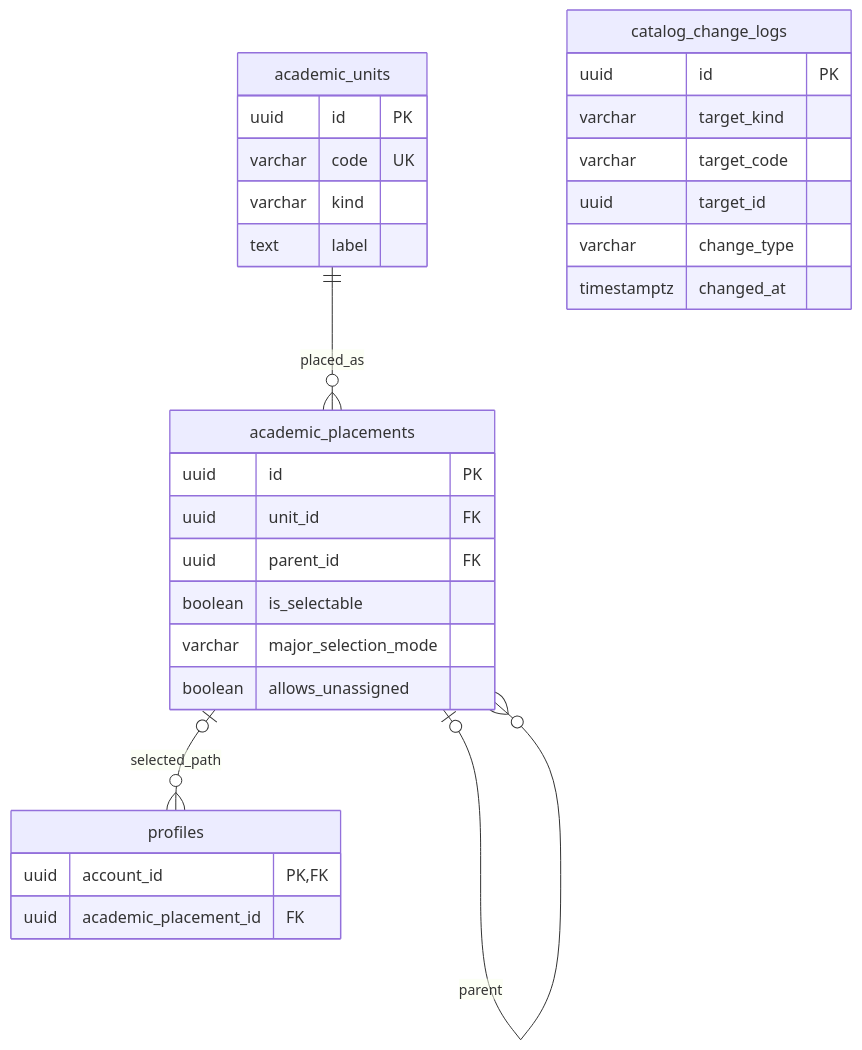
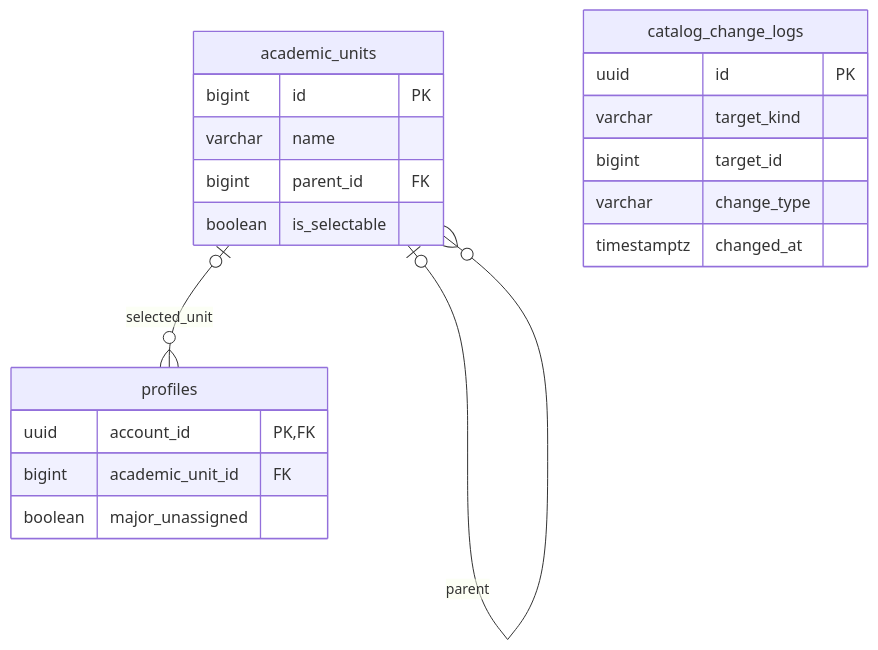
The diagram in docs/database/catalogs.md (wejo-team/sku-dreamon), drawn with Mermaid before and after one commit. The commit also changed other lines of this file and 21 other files, not shown here.

Commit message:
docs(database): 선택지와 학사 구조 단순화 및 전체 ERD 추가

````diff
--- a/docs/database/catalogs.md
+++ b/docs/database/catalogs.md
@@ -188,33 +86,24 @@
 ```mermaid
 erDiagram
     direction TB
-    academic_units ||--o{ academic_placements : placed_as
-    academic_placements o|--o{ academic_placements : parent
-    academic_placements o|--o{ profiles : selected_path
+    academic_units o|--o{ academic_units : parent
+    academic_units o|--o{ profiles : selected_unit
     academic_units {
-        uuid id PK
-        varchar code UK
-        varchar kind
-        text label
-    }
-    academic_placements {
-        uuid id PK
-        uuid unit_id FK
-        uuid parent_id FK
+        bigint id PK
+        varchar name
+        bigint parent_id FK
         boolean is_selectable
-        varchar major_selection_mode
-        boolean allows_unassigned
     }
     profiles {
         uuid account_id PK,FK
-        uuid academic_placement_id FK
+        bigint academic_unit_id FK
+        boolean major_unassigned
     }
     catalog_change_logs {
         uuid id PK
         varchar target_kind
-        varchar target_code
-        uuid target_id
+        bigint target_id
         varchar change_type
         timestamptz changed_at
     }
 ```
````
